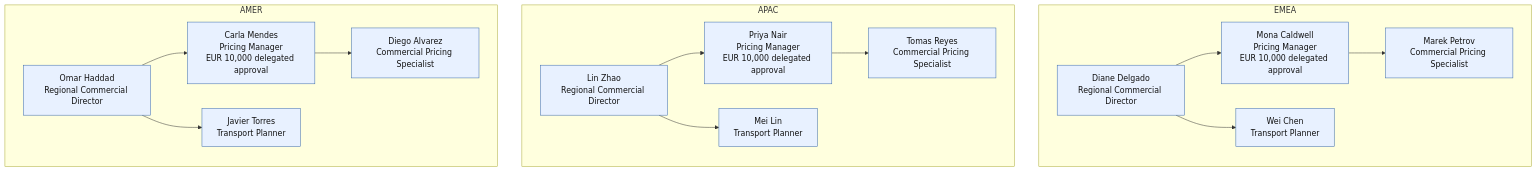
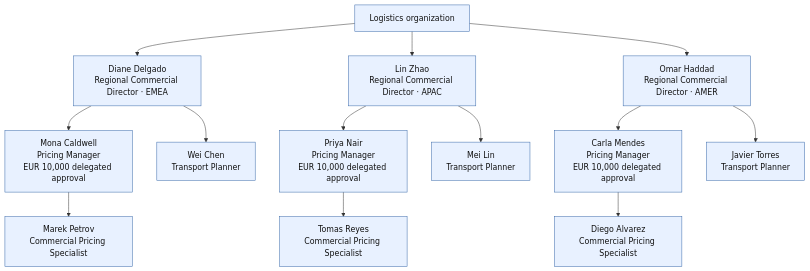
Before and after one commit to cprima-playground/cpm-eaop-showcase-logistics-rfq: the ninth of 9 diagrams in docs/story/agentically-enhanced-job-example.md, drawn with Mermaid. The commit also changed other lines of this file, not shown here.

Commit message:
docs(story): baseline transport planner narrative

````diff
--- a/docs/story/agentically-enhanced-job-example.md
+++ b/docs/story/agentically-enhanced-job-example.md
@@ -377,35 +381,23 @@
 ```mermaid
 flowchart TD
-    subgraph EMEA[EMEA]
-        diane[Diane Delgado<br/>Regional Commercial Director]
-        mona[Mona Caldwell<br/>Pricing Manager<br/>EUR 10,000 delegated approval]
-        sam[Marek Petrov<br/>Commercial Pricing Specialist]
-        wei[Wei Chen<br/>Transport Planner]
-        diane --> mona
-        mona --> sam
-        diane --> wei
-    end
+    organization[Logistics organization]
 
-    subgraph APAC[APAC]
-        lin[Lin Zhao<br/>Regional Commercial Director]
-        priya[Priya Nair<br/>Pricing Manager<br/>EUR 10,000 delegated approval]
-        tomas[Tomas Reyes<br/>Commercial Pricing Specialist]
-        mei[Mei Lin<br/>Transport Planner]
-        lin --> priya
-        priya --> tomas
-        lin --> mei
-    end
+    organization --> diane[Diane Delgado<br/>Regional Commercial Director · EMEA]
+    organization --> lin[Lin Zhao<br/>Regional Commercial Director · APAC]
+    organization --> omar[Omar Haddad<br/>Regional Commercial Director · AMER]
 
-    subgraph AMER[AMER]
-        omar[Omar Haddad<br/>Regional Commercial Director]
-        carla[Carla Mendes<br/>Pricing Manager<br/>EUR 10,000 delegated approval]
-        diego[Diego Alvarez<br/>Commercial Pricing Specialist]
-        javier[Javier Torres<br/>Transport Planner]
-        omar --> carla
-        carla --> diego
-        omar --> javier
-    end
+    diane --> mona[Mona Caldwell<br/>Pricing Manager<br/>EUR 10,000 delegated approval]
+    diane --> wei[Wei Chen<br/>Transport Planner]
+    mona --> sam[Marek Petrov<br/>Commercial Pricing Specialist]
+
+    lin --> priya[Priya Nair<br/>Pricing Manager<br/>EUR 10,000 delegated approval]
+    lin --> mei[Mei Lin<br/>Transport Planner]
+    priya --> tomas[Tomas Reyes<br/>Commercial Pricing Specialist]
+
+    omar --> carla[Carla Mendes<br/>Pricing Manager<br/>EUR 10,000 delegated approval]
+    omar --> javier[Javier Torres<br/>Transport Planner]
+    carla --> diego[Diego Alvarez<br/>Commercial Pricing Specialist]
 
     classDef human fill:#e8f1ff,stroke:#3566a8,color:#111;
-    class diane,mona,sam,wei,lin,priya,tomas,mei,omar,carla,diego,javier human;
+    class organization,diane,mona,sam,wei,lin,priya,tomas,mei,omar,carla,diego,javier human;
 ```
````
